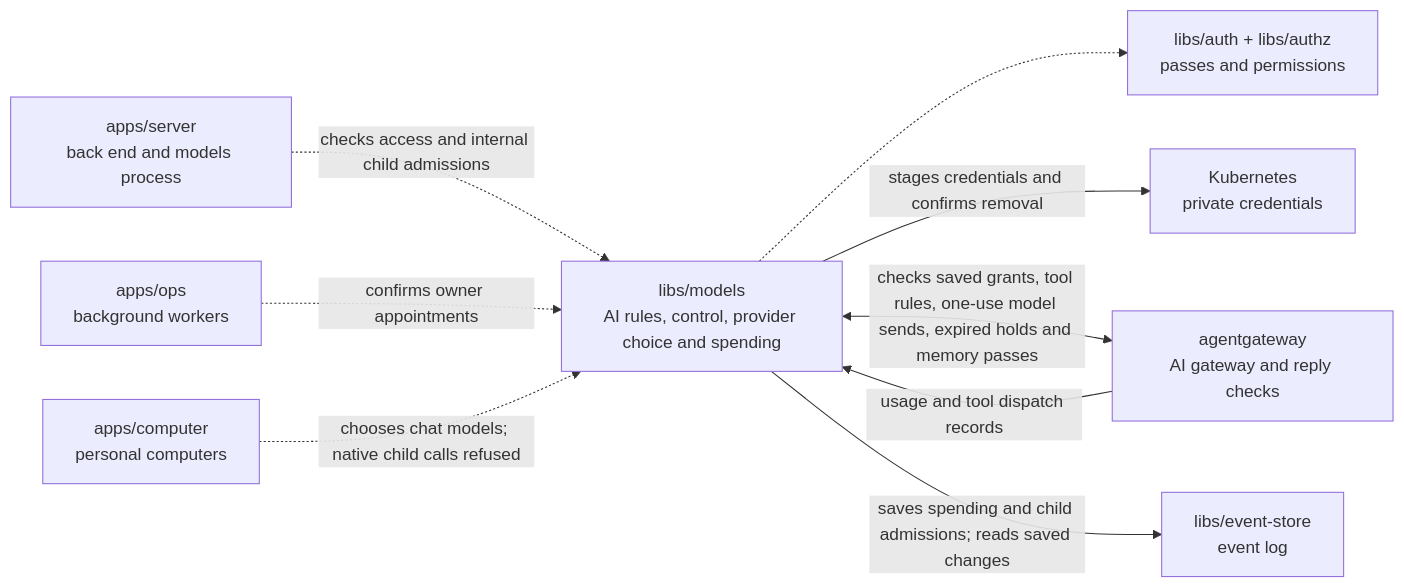
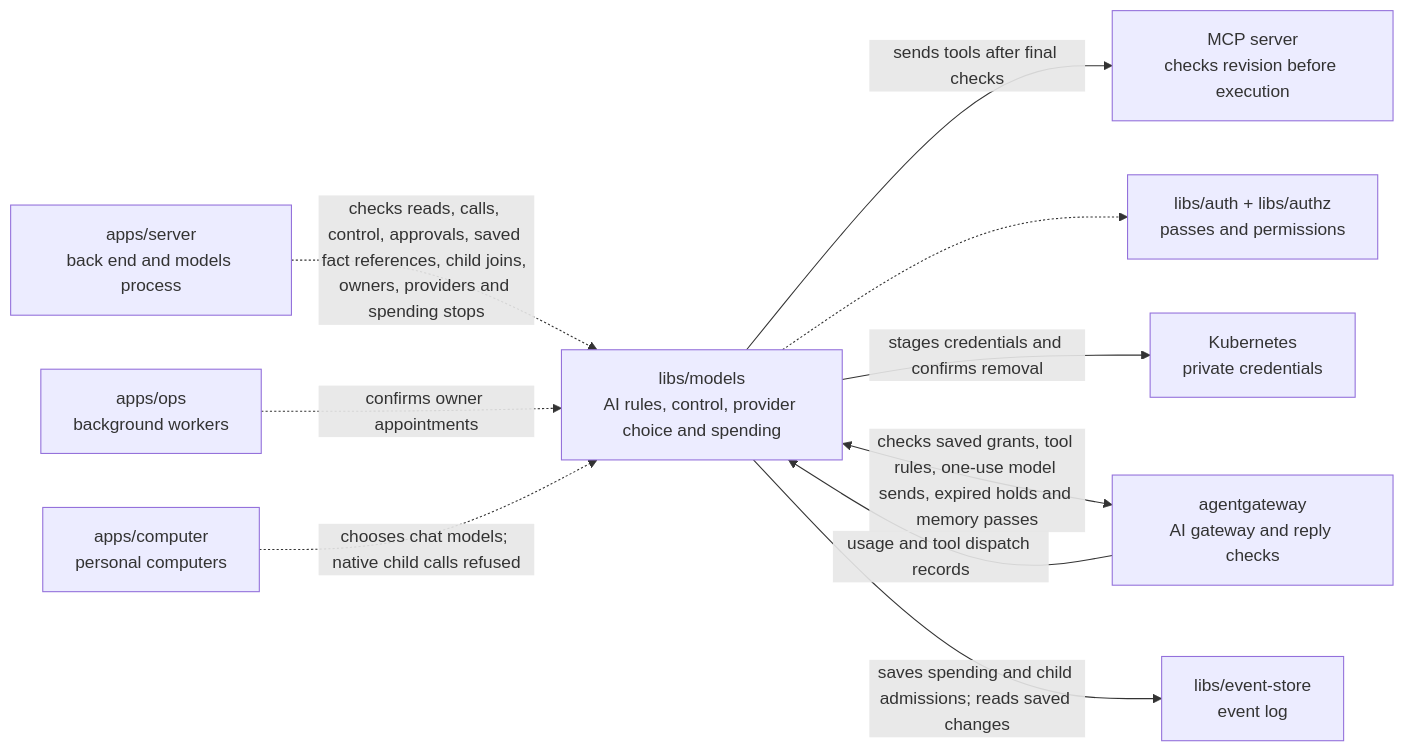
The diagram in libs/models/README.md (elewa-git/opencrane-new), drawn with Mermaid before and after one commit. The commit also changed other lines of this file and 15 other files, not shown here.

Commit message:
🛑 Check one-use MCP passes and exact backend revisions before sending

````diff
--- a/libs/models/README.md
+++ b/libs/models/README.md
@@ -14,11 +14,12 @@
 ```mermaid
 flowchart LR
-  server["apps/server<br/>back end and models process"] -.->|checks access and internal child admissions| models["libs/models<br/>AI rules, control, provider choice and spending"]
+  server["apps/server<br/>back end and models process"] -.->|checks reads, calls, control, approvals, saved fact references, child joins, owners, providers and spending stops| models["libs/models<br/>AI rules, control, provider choice and spending"]
   ops["apps/ops<br/>background workers"] -.->|confirms owner appointments| models
+  models -->|sends tools after final checks| mcp["MCP server<br/>checks revision before execution"]
   computer["apps/computer<br/>personal computers"] -.->|chooses chat models; native child calls refused| models
   models -.-> auth["libs/auth + libs/authz<br/>passes and permissions"]
   models -->|stages credentials and confirms removal| custody["Kubernetes<br/>private credentials"]
   models <-->|checks saved grants, tool rules, one-use model sends, expired holds and memory passes| gateway["agentgateway<br/>AI gateway and reply checks"]
   gateway -->|usage and tool dispatch records| models
   models -->|saves spending and child admissions; reads saved changes| store["libs/event-store<br/>event log"]
 ```
````
